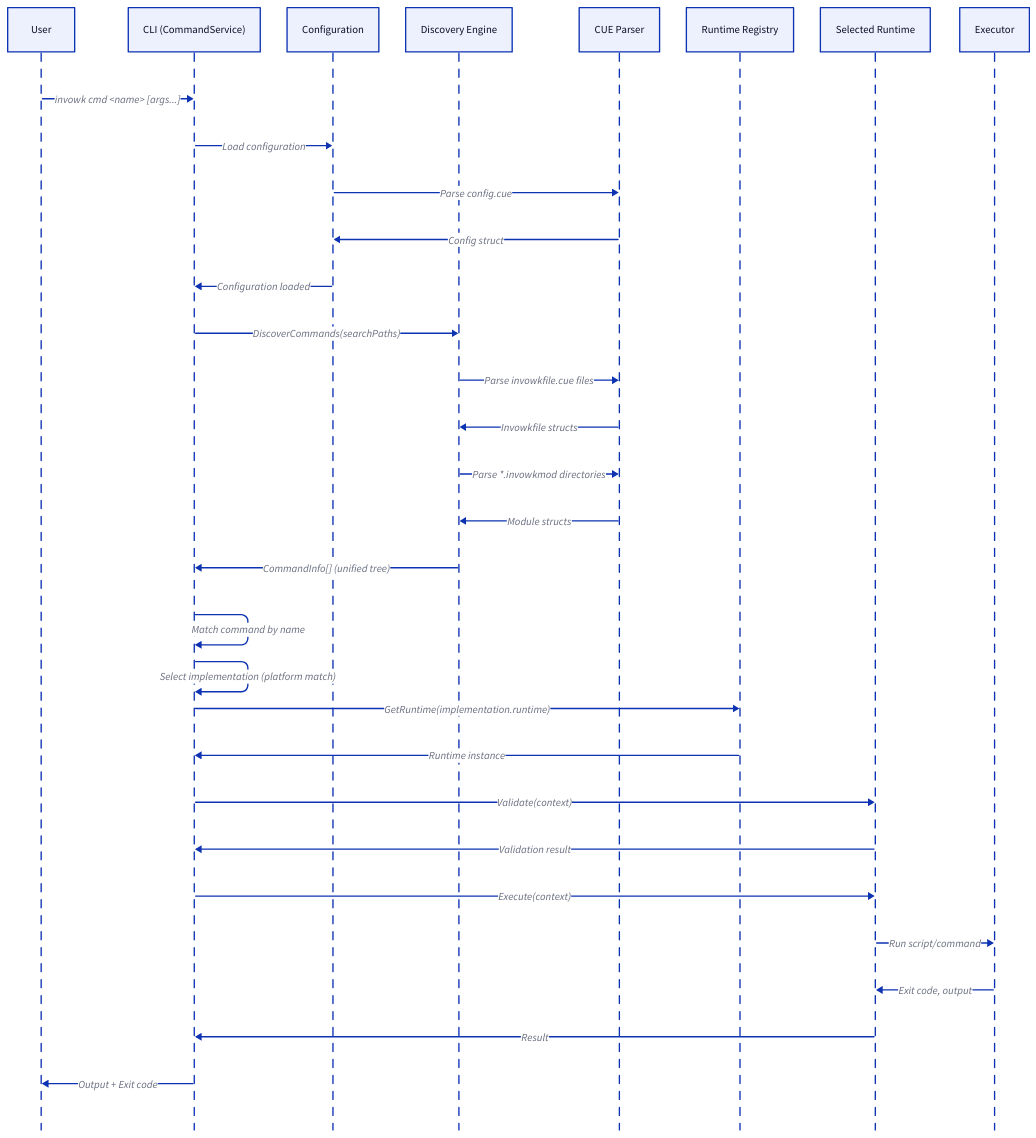
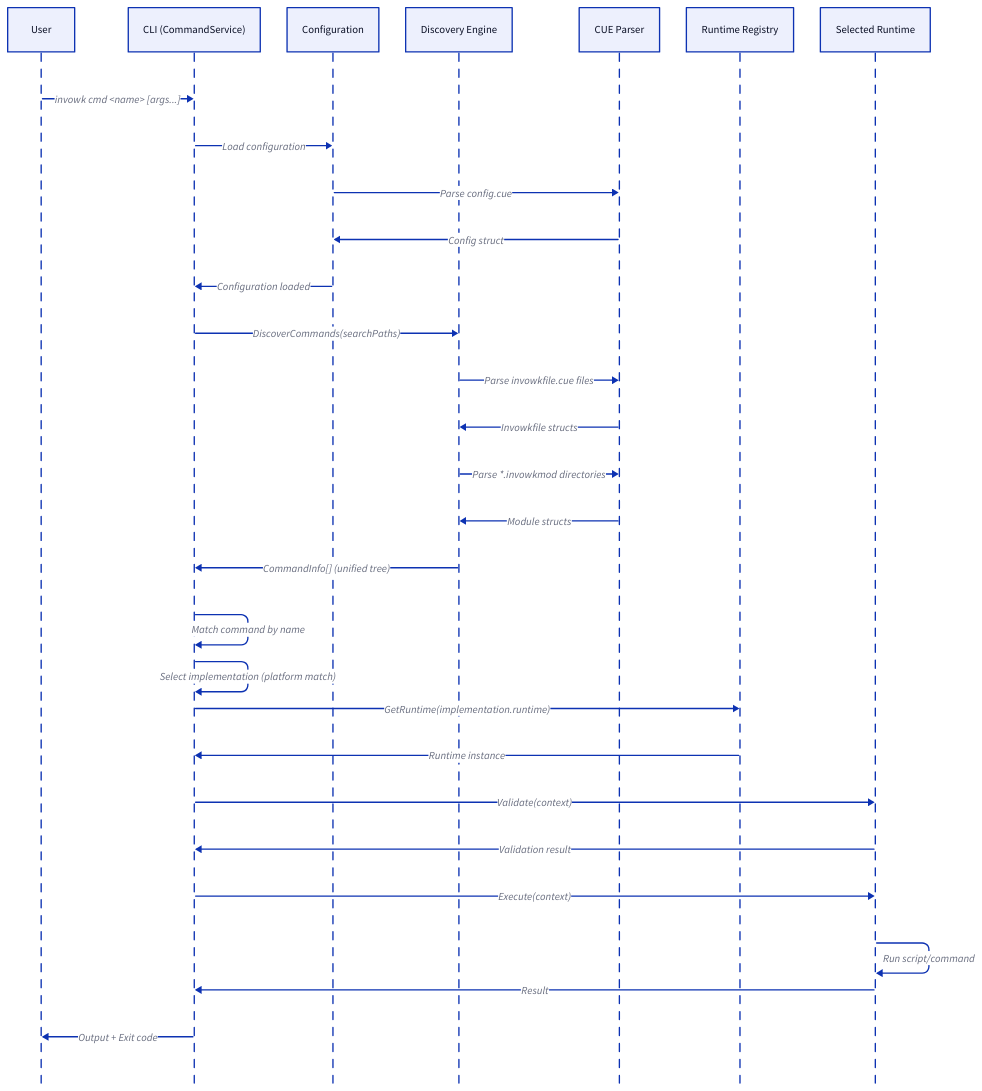
Before and after one commit to invowk/invowk: the diagram in docs/diagrams/sequences/execution-main.d2, drawn with D2. The commit also changed 23 other files, not shown here. The source asks for the TALA layout; these drawings use dagre instead.

First line of the commit message:
fix(diagrams): correct 5 D2 diagrams for accuracy against codebase

```diff
--- a/docs/diagrams/sequences/execution-main.d2
+++ b/docs/diagrams/sequences/execution-main.d2
@@ -1,58 +1,56 @@
 # Main Execution Sequence Diagram
 #
-# Shows the complete flow of command execution from user request
+# Shows the high-level flow of command execution from user request
 # through initialization, discovery, resolution, and execution phases.
 #
-# Source: docs/architecture/sequence-execution.md
+# Source: cmd/invowk/cmd_execute.go (commandService pipeline)
 
 vars: {
   d2-config: {
     layout-engine: tala
   }
 }
 
 shape: sequence_diagram
 
 # Participants
 User
 CLI: CLI (CommandService)
 Config: Configuration
 Disc: Discovery Engine
 CUE: CUE Parser
 Registry: Runtime Registry
 Runtime: Selected Runtime
-Exec: Executor
 
 # Entry point
 User -> CLI: "invowk cmd <name> [args...]"
 
 # 1. Initialization Phase
 CLI -> Config: Load configuration
 Config -> CUE: Parse config.cue
 CUE -> Config: Config struct
 Config -> CLI: Configuration loaded
 
 # 2. Discovery Phase
 CLI -> Disc: DiscoverCommands(searchPaths)
 Disc -> CUE: Parse invowkfile.cue files
 CUE -> Disc: Invowkfile structs
 Disc -> CUE: Parse *.invowkmod directories
 CUE -> Disc: Module structs
 Disc -> CLI: "CommandInfo[] (unified tree)"
 
 # 3. Resolution Phase
 CLI -> CLI: Match command by name
 CLI -> CLI: Select implementation (platform match)
 CLI -> Registry: GetRuntime(implementation.runtime)
 Registry -> CLI: Runtime instance
 CLI -> Runtime: Validate(context)
 Runtime -> CLI: Validation result
 
 # 4. Execution Phase
 CLI -> Runtime: Execute(context)
-Runtime -> Exec: Run script/command
-Exec -> Runtime: Exit code, output
+Runtime -> Runtime: Run script/command
 Runtime -> CLI: Result
 
 # Return result
 CLI -> User: Output + Exit code
```
